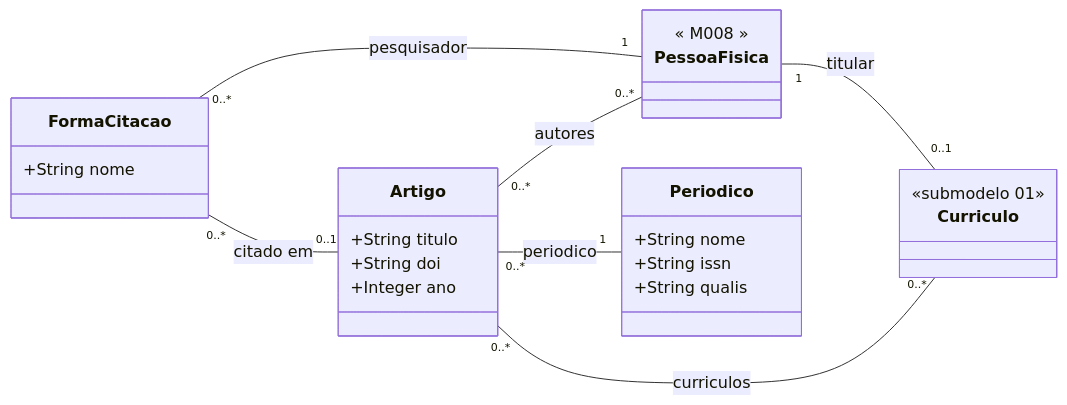
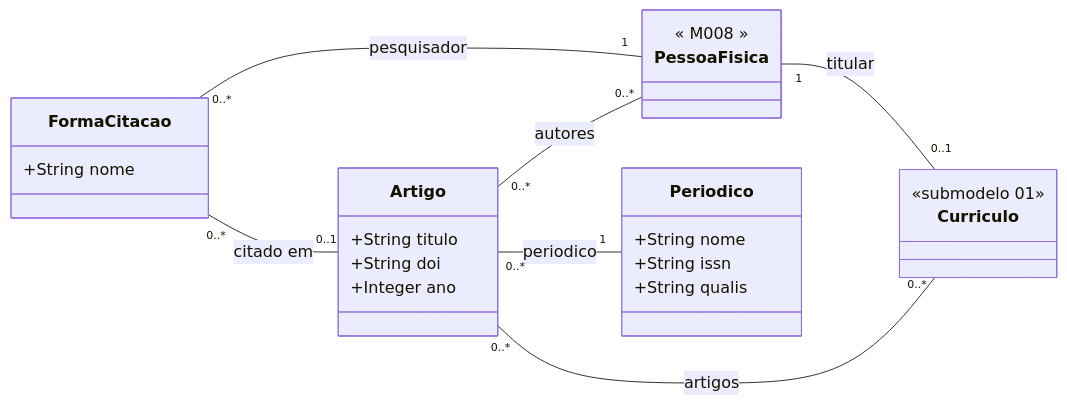
Before and after one commit to Czzped/conecta-fapes-teste: the diagram in docs/implementation/modules/M024-curriculo-pesquisador/submodelos/03-artigos.md, drawn with Mermaid. The commit also changed 29 other files, not shown here.

````diff
--- a/docs/implementation/modules/M024-curriculo-pesquisador/submodelos/03-artigos.md
+++ b/docs/implementation/modules/M024-curriculo-pesquisador/submodelos/03-artigos.md
@@ -13,35 +13,35 @@
 ```mermaid
 classDiagram
     direction LR
 
     class Curriculo {
         <<submodelo 01>>
     }
 
     class PessoaFisica {
         << M008 >>
     }
 
     class FormaCitacao {
         +String nome
     }
 
     class Artigo {
         +String titulo
         +String doi
         +Integer ano
     }
 
     class Periodico {
         +String nome
         +String issn
         +String qualis
     }
 
     PessoaFisica "1" -- "0..1" Curriculo : titular
     FormaCitacao "0..*" -- "0..1" Artigo : citado em
     FormaCitacao "0..*" -- "1" PessoaFisica : pesquisador
-    Artigo "0..*" -- "0..*" Curriculo : curriculos
+    Artigo "0..*" -- "0..*" Curriculo : artigos
     Artigo "0..*" -- "0..*" PessoaFisica : autores
     Artigo "0..*" -- "1" Periodico : periodico
 ```
````
